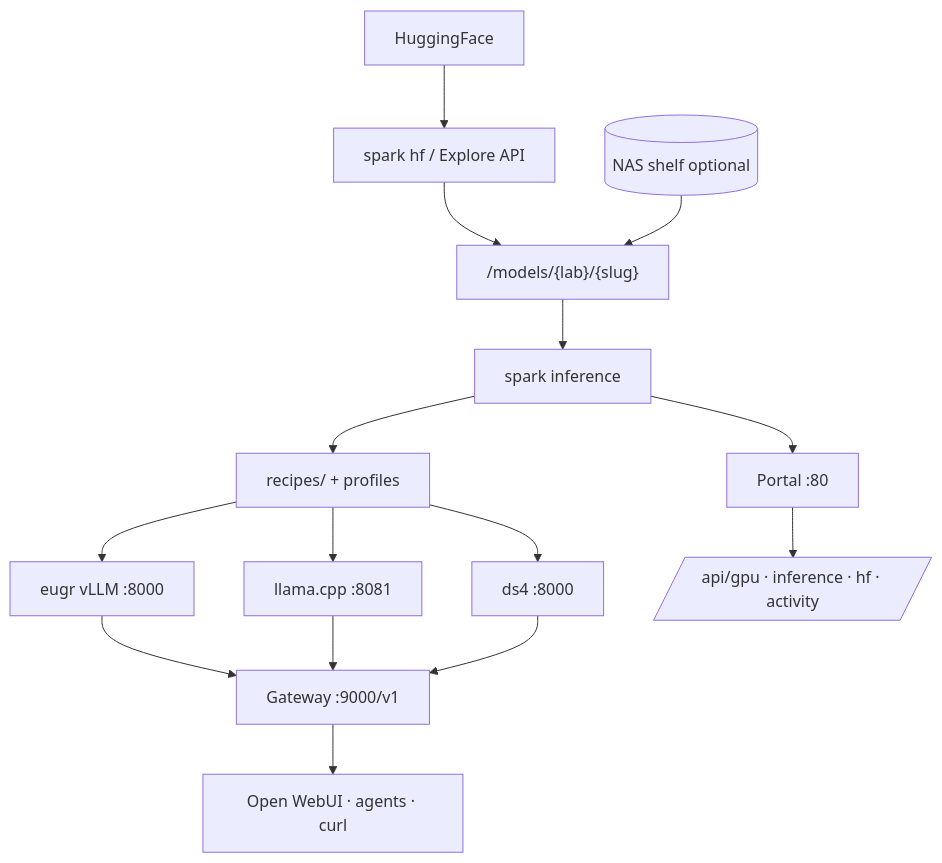
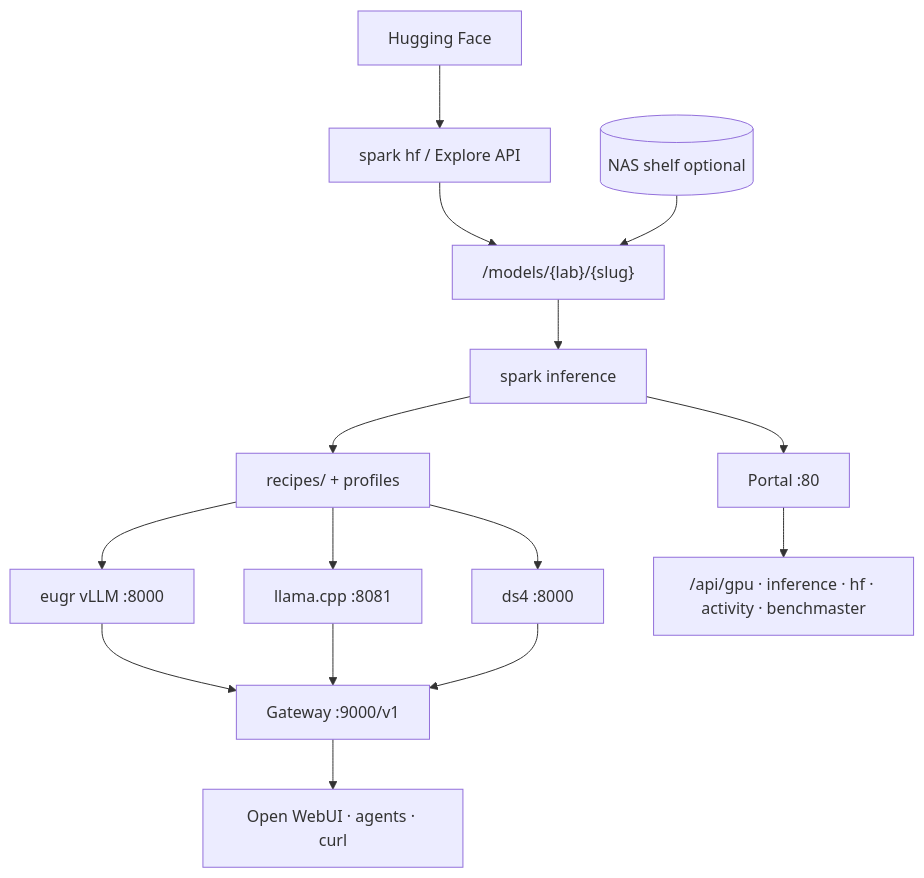
The diagram in README.md (shawnmarck/sparkbench), drawn with Mermaid before and after one commit. The commit also changed other lines of this file and 22 other files, not shown here.

````diff
--- a/README.md
+++ b/README.md
@@ -190,17 +193,17 @@
 ```mermaid
 flowchart TB
-  HF[HuggingFace] --> hf[spark hf / Explore API]
+  HF[Hugging Face] --> hf[spark hf / Explore API]
   hf --> models["/models/{lab}/{slug}"]
   NAS[(NAS shelf optional)] --> models
   models --> inf[spark inference]
   inf --> recipes[recipes/ + profiles]
   recipes --> eugr[eugr vLLM :8000]
   recipes --> llama[llama.cpp :8081]
   recipes --> ds4[ds4 :8000]
   eugr --> gw[Gateway :9000/v1]
   llama --> gw
   ds4 --> gw
   gw --> clients[Open WebUI · agents · curl]
   inf --> portal[Portal :80]
-  portal --> apis[/api/gpu · inference · hf · activity/]
+  portal --> apis["/api/gpu · inference · hf · activity · benchmaster"]
 ```
````
